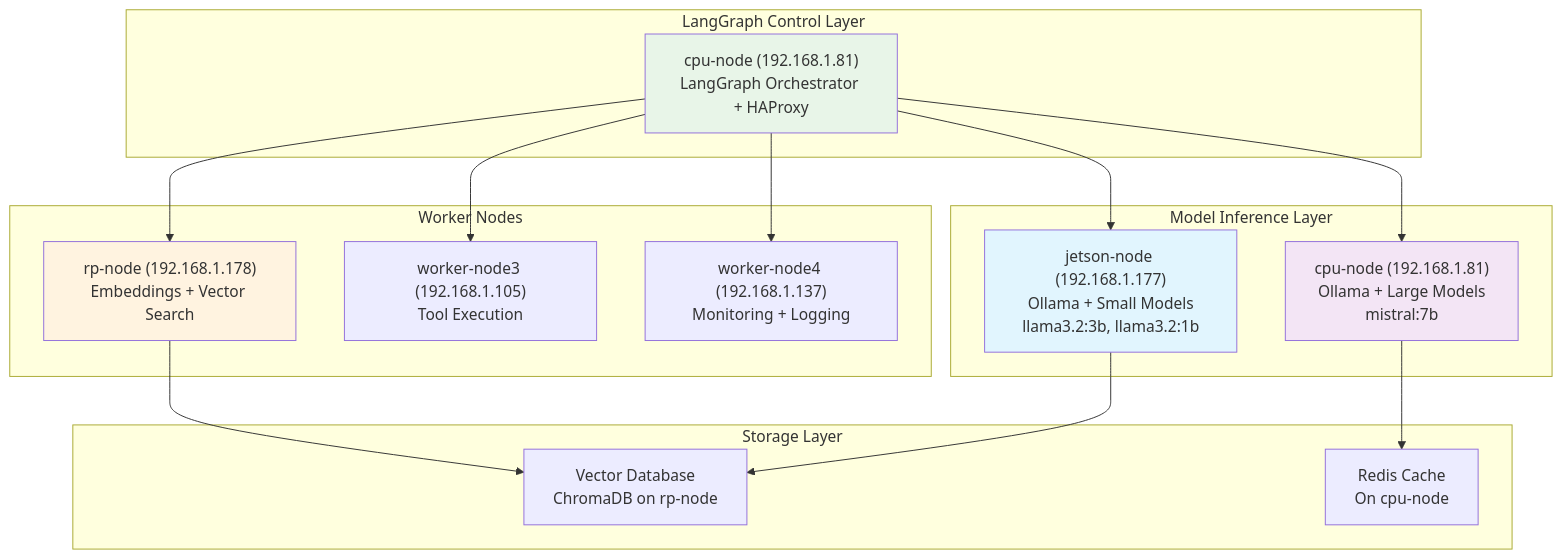
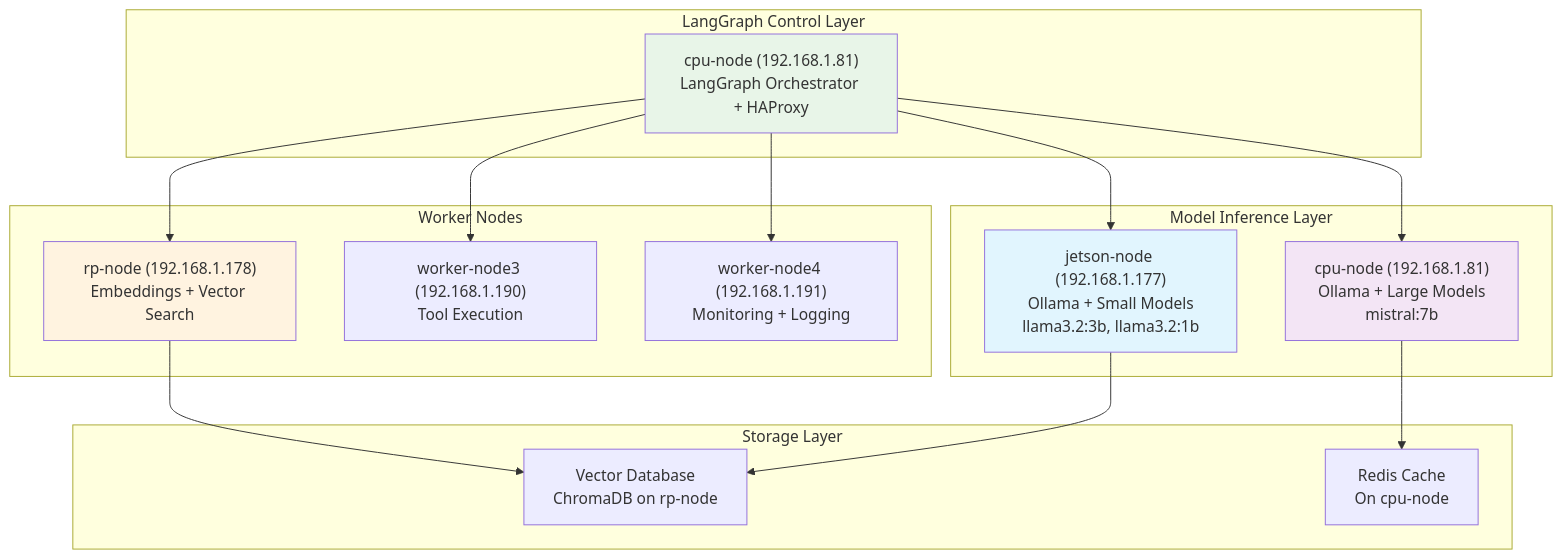
The first of 6 diagrams in docs/architecture_diagrams.md (pavelkushtia/LangGraph), drawn with Mermaid before and after one commit. The commit also changed other lines of this file and 10 other files, not shown here.

````diff
--- a/docs/architecture_diagrams.md
+++ b/docs/architecture_diagrams.md
@@ -7,37 +7,37 @@
 ```mermaid
 graph TB
     subgraph "LangGraph Control Layer"
         LG["cpu-node (192.168.1.81)<br/>LangGraph Orchestrator + HAProxy"]
     end
     
     subgraph "Model Inference Layer"
         JO["jetson-node (192.168.1.177)<br/>Ollama + Small Models<br/>llama3.2:3b, llama3.2:1b"]
         CPU32["cpu-node (192.168.1.81)<br/>Ollama + Large Models<br/>mistral:7b"]
     end
     
     subgraph "Worker Nodes"
         RPI["rp-node (192.168.1.178)<br/>Embeddings + Vector Search"]
-        W3["worker-node3 (192.168.1.105)<br/>Tool Execution"]
-        W4["worker-node4 (192.168.1.137)<br/>Monitoring + Logging"]
+        W3["worker-node3 (192.168.1.190)<br/>Tool Execution"]
+        W4["worker-node4 (192.168.1.191)<br/>Monitoring + Logging"]
     end
     
     subgraph "Storage Layer"
         VDB["Vector Database<br/>ChromaDB on rp-node"]
         CACHE["Redis Cache<br/>On cpu-node"]
     end
     
     LG --> JO
     LG --> CPU32
     LG --> RPI
     LG --> W3
     LG --> W4
     
     JO --> VDB
     CPU32 --> CACHE
     RPI --> VDB
     
     style JO fill:#e1f5fe
     style CPU32 fill:#f3e5f5
     style LG fill:#e8f5e8
     style RPI fill:#fff3e0
 ```
````
